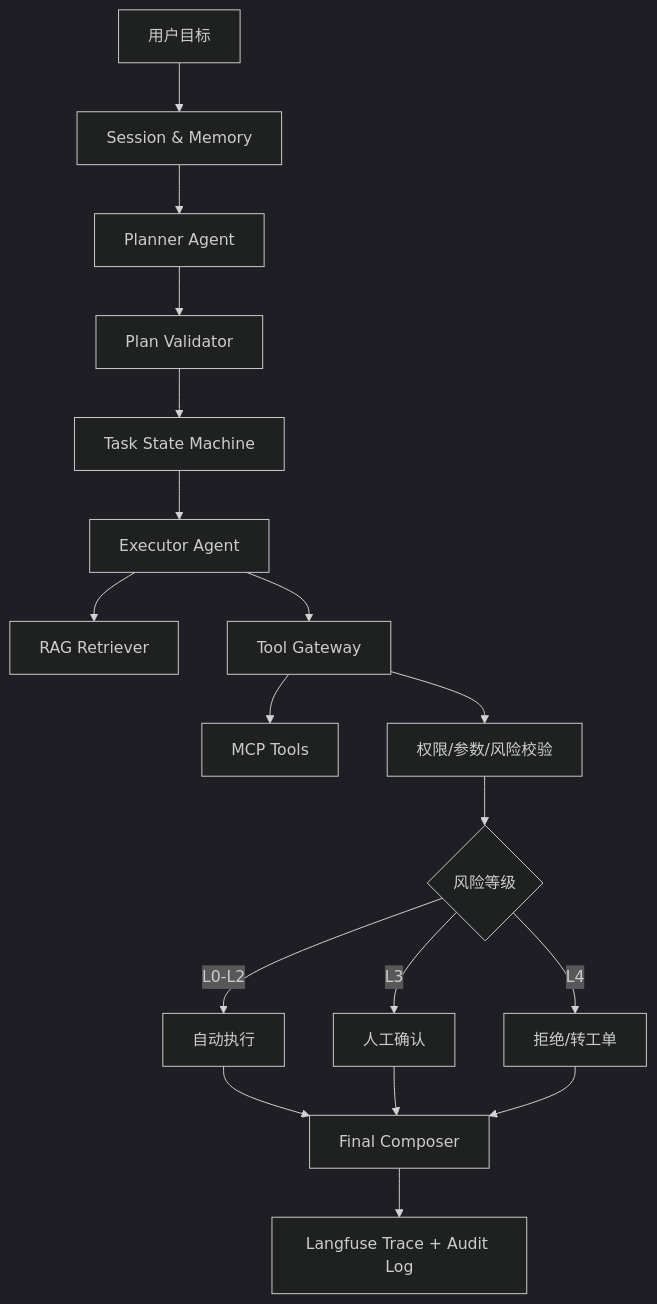
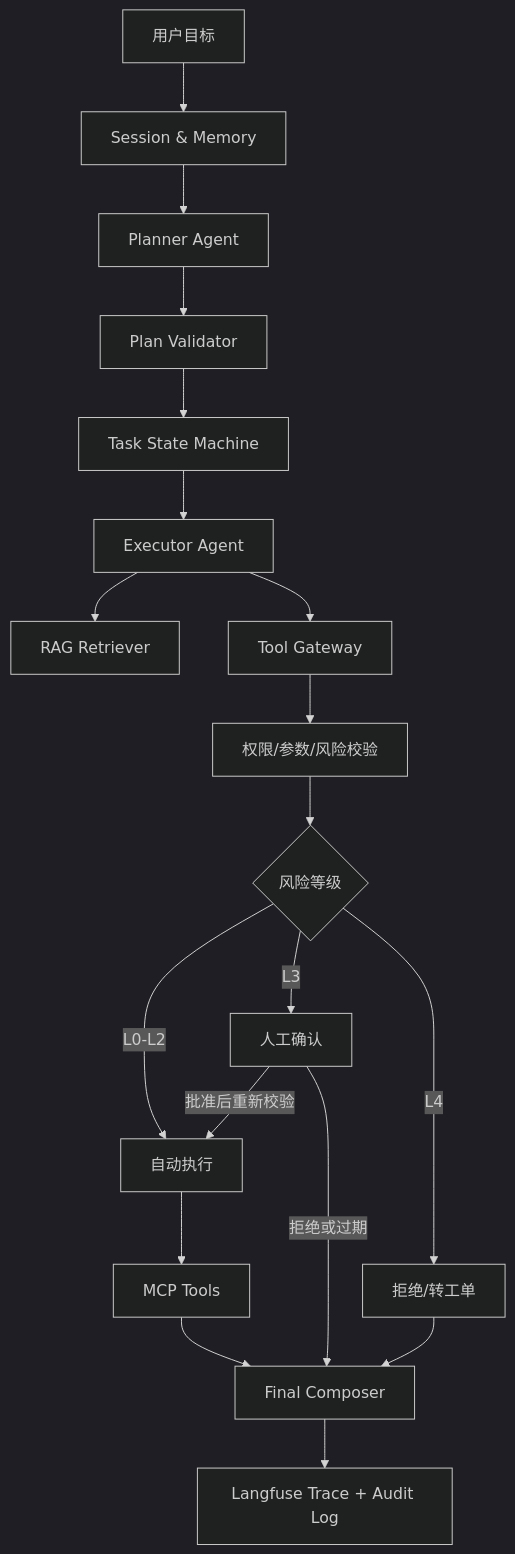
The first of 3 diagrams in 10-AI应用开发/08-项目实战/07-项目-业务Agent系统.md (GuoWWWX/knowledge-base), drawn with Mermaid (dark theme) before and after one commit. The commit also changed other lines of this file and 251 other files, not shown here.

````diff
--- a/10-AI应用开发/08-项目实战/07-项目-业务Agent系统.md
+++ b/10-AI应用开发/08-项目实战/07-项目-业务Agent系统.md
@@ -62,20 +62,21 @@
 ```mermaid
 flowchart TD
     A[用户目标] --> B[Session & Memory]
     B --> C[Planner Agent]
     C --> D[Plan Validator]
     D --> E[Task State Machine]
     E --> F[Executor Agent]
     F --> G[RAG Retriever]
     F --> H[Tool Gateway]
-    H --> I[MCP Tools]
     H --> J[权限/参数/风险校验]
     J --> K{风险等级}
     K -->|L0-L2| L[自动执行]
     K -->|L3| M[人工确认]
     K -->|L4| N[拒绝/转工单]
-    L --> O[Final Composer]
-    M --> O
+    M -->|批准后重新校验| L
+    L --> I[MCP Tools]
+    I --> O[Final Composer]
+    M -->|拒绝或过期| O
     N --> O
     O --> P[Langfuse Trace + Audit Log]
 ```
````
